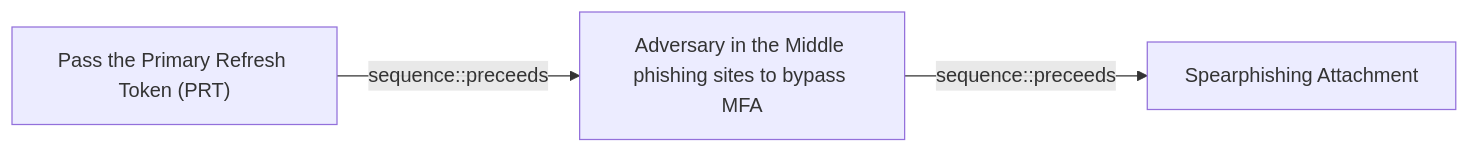
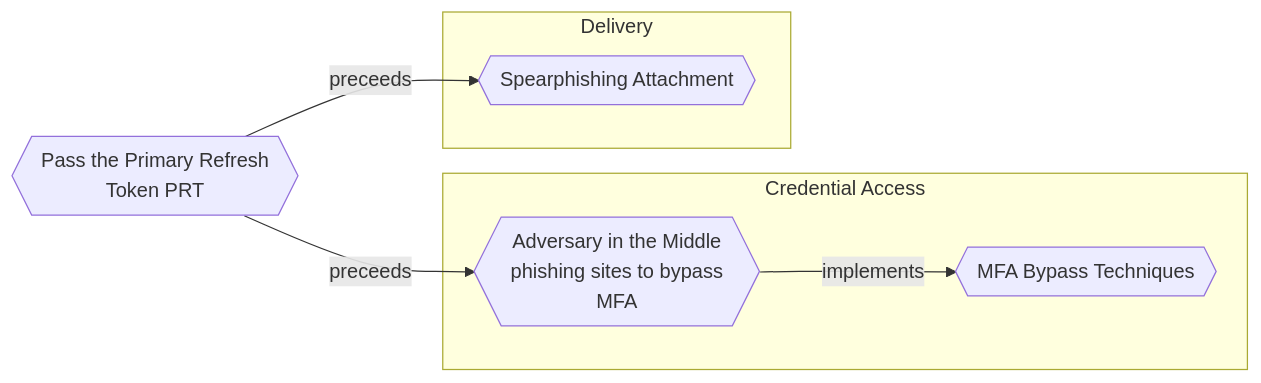
The diagram in docs/threats/pass-the-primary-refresh-token-prt.md (opentidehq/library), drawn with Mermaid before and after one commit. The commit also changed other lines of this file and 540 other files, not shown here.

````diff
--- a/docs/threats/pass-the-primary-refresh-token-prt.md
+++ b/docs/threats/pass-the-primary-refresh-token-prt.md
@@ -91,8 +119,14 @@
 ```mermaid
 flowchart LR
-b1b6d2d7_0832_46fc_a3e5_6e6411179c45["Pass the Primary Refresh Token (PRT)"]
-66aafb61_9a46_4287_8b40_4785b42b77a3["Adversary in the Middle phishing sites to bypass MFA"]
-dd5d942c_bac4_4000_b9a6_ca4fef6cfb84["Spearphishing Attachment"]
-b1b6d2d7_0832_46fc_a3e5_6e6411179c45 -->|sequence::preceeds| 66aafb61_9a46_4287_8b40_4785b42b77a3
-66aafb61_9a46_4287_8b40_4785b42b77a3 -->|sequence::preceeds| dd5d942c_bac4_4000_b9a6_ca4fef6cfb84
+subgraph "Credential Access"
+66aafb61_9a46_4287_8b40_4785b42b77a3{{"Adversary in the Middle<br>phishing sites to bypass<br>MFA"}}
+4a807ac4_f764_41b1_ae6f_94239041d349{{"MFA Bypass Techniques"}}
+end
+subgraph "Delivery"
+dd5d942c_bac4_4000_b9a6_ca4fef6cfb84{{"Spearphishing Attachment"}}
+end
+b1b6d2d7_0832_46fc_a3e5_6e6411179c45{{"Pass the Primary Refresh<br>Token PRT"}}
+b1b6d2d7_0832_46fc_a3e5_6e6411179c45 -->|preceeds| 66aafb61_9a46_4287_8b40_4785b42b77a3
+b1b6d2d7_0832_46fc_a3e5_6e6411179c45 -->|preceeds| dd5d942c_bac4_4000_b9a6_ca4fef6cfb84
+66aafb61_9a46_4287_8b40_4785b42b77a3 -->|implements| 4a807ac4_f764_41b1_ae6f_94239041d349
 ```
````
